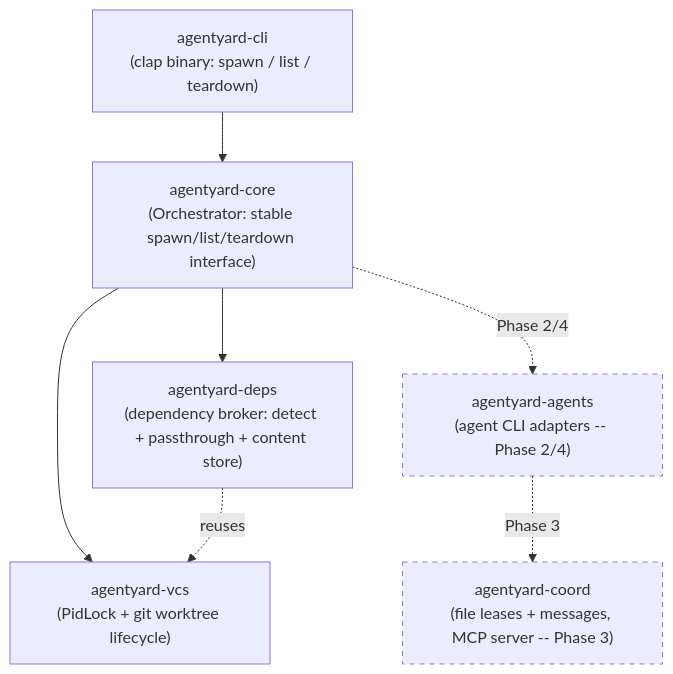
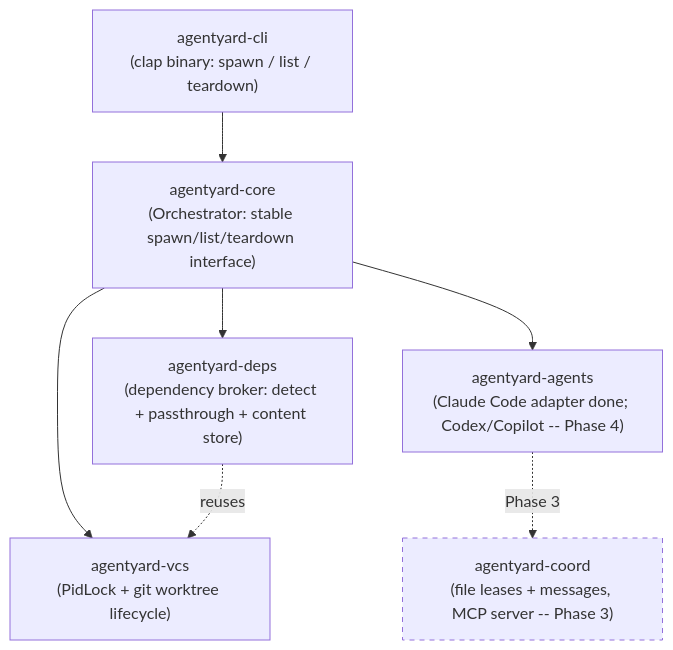
Before and after one commit to zekariasasaminew/pact: the first of 2 diagrams in README.md, drawn with Mermaid. The commit also changed other lines of this file, not shown here.

First line of the commit message:
Document Phase 2: Claude Code adapter and headless launch

````diff
--- a/README.md
+++ b/README.md
@@ -129,19 +155,18 @@
 ```mermaid
 graph TD
     CLI["agentyard-cli<br/>(clap binary: spawn / list / teardown)"]
     Core["agentyard-core<br/>(Orchestrator: stable spawn/list/teardown interface)"]
     VCS["agentyard-vcs<br/>(PidLock + git worktree lifecycle)"]
     Deps["agentyard-deps<br/>(dependency broker: detect + passthrough + content store)"]
-    Agents["agentyard-agents<br/>(agent CLI adapters -- Phase 2/4)"]
+    Agents["agentyard-agents<br/>(Claude Code adapter done; Codex/Copilot -- Phase 4)"]
     Coord["agentyard-coord<br/>(file leases + messages, MCP server -- Phase 3)"]
 
     CLI --> Core
     Core --> VCS
     Core --> Deps
+    Core --> Agents
     Deps -.reuses.-> VCS
-    Core -.Phase 2/4.-> Agents
     Agents -.Phase 3.-> Coord
 
-    style Agents stroke-dasharray: 5 5
     style Coord stroke-dasharray: 5 5
 ```
````
